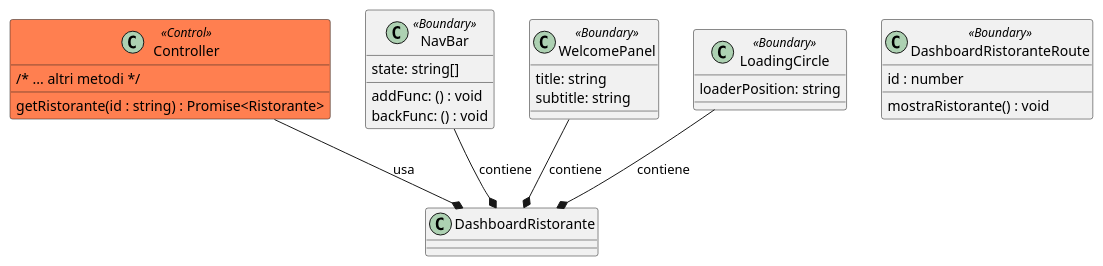
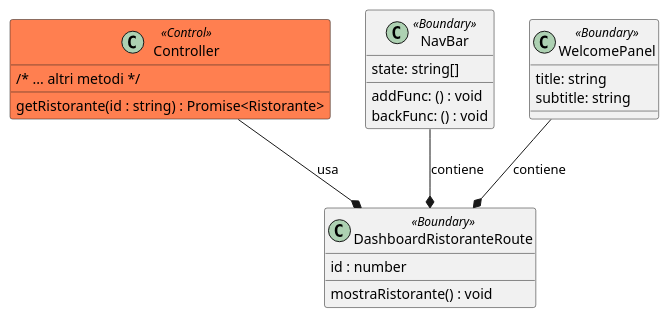
The diagram in diagrams/PUML/routes/DashboardRistorante.puml (macro21KGB/Esame-INGSW-22-23), drawn with PlantUML before and after one commit. The commit also changed 34 other files, not shown here.

```diff
--- a/diagrams/PUML/routes/DashboardRistorante.puml
+++ b/diagrams/PUML/routes/DashboardRistorante.puml
@@ -1,42 +1,38 @@
 @startuml
 
 
 class Controller <<Control>> #coral{
 /* ... altri metodi */
 getRistorante(id : string) : Promise<Ristorante>
 }
 
 class DashboardRistoranteRoute <<Boundary>> {
 id : number
 mostraRistorante() : void
 }
 
 
 class NavBar <<Boundary>> {
 
 	addFunc: () : void
 	backFunc: () : void
 	state: string[]
 }
 
 class WelcomePanel <<Boundary>> {
 
     title: string
     subtitle: string
 
 }
 
-class LoadingCircle <<Boundary>> {
-
-	loaderPosition: string
-
-}
 
 
 
-WelcomePanel--* DashboardRistorante: contiene
-NavBar --* DashboardRistorante: contiene
-LoadingCircle --* DashboardRistorante: contiene
 
-Controller --* DashboardRistorante: usa
+WelcomePanel--* DashboardRistoranteRoute: contiene
+NavBar --* DashboardRistoranteRoute: contiene
+
+
+Controller --* DashboardRistoranteRoute: usa
 @enduml
```
